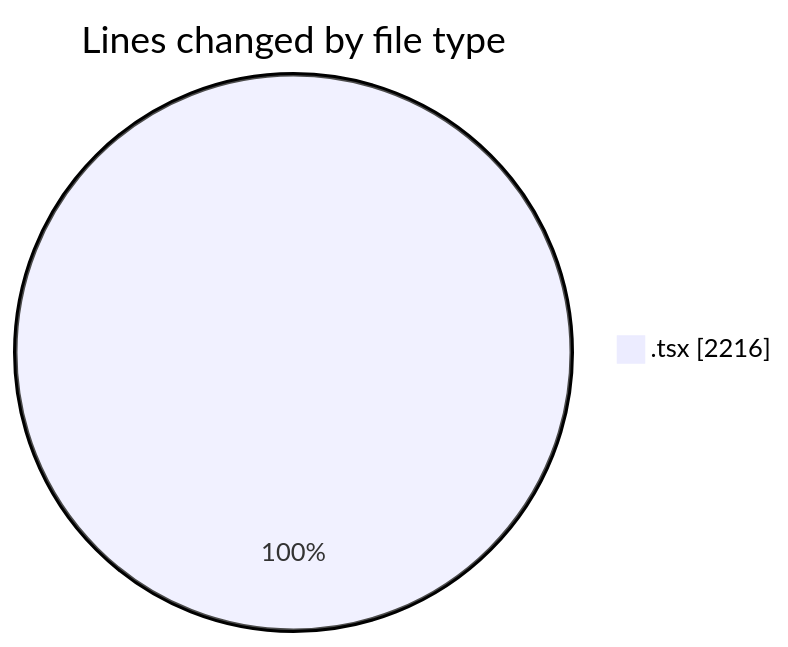
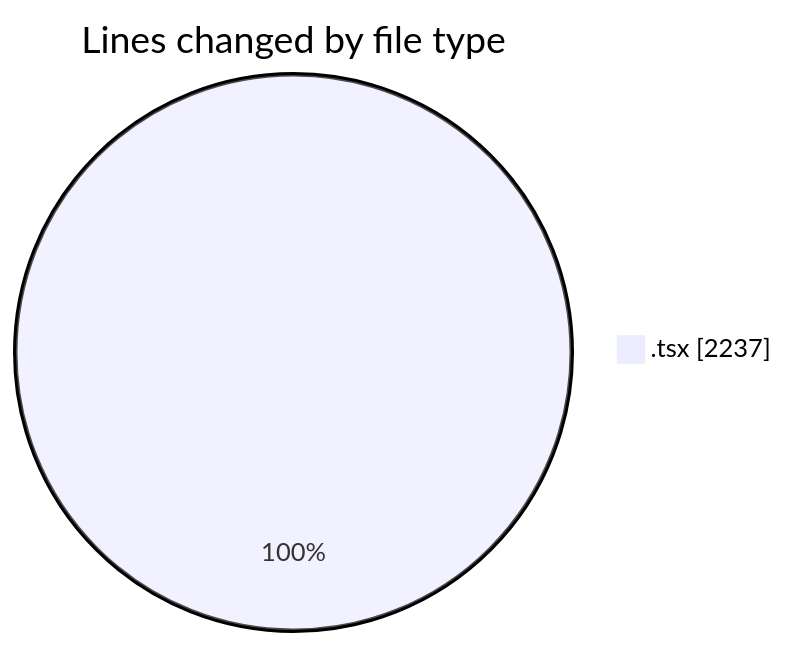
Before and after one commit to momahboobian/code-tracking: the first of 2 diagrams in 2025-06-13/cda/README.md, drawn with Mermaid. The commit also changed other lines of this file and 1 other file, not shown here.

````diff
--- a/2025-06-13/cda/README.md
+++ b/2025-06-13/cda/README.md
@@ -25,5 +25,5 @@
 ```mermaid
 pie showData
 title Lines changed by file type
-".tsx" : 2216
+".tsx" : 2237
 ```
````
